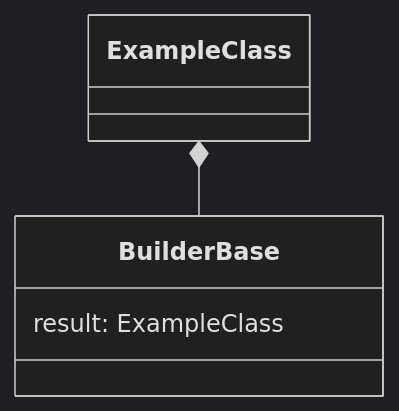
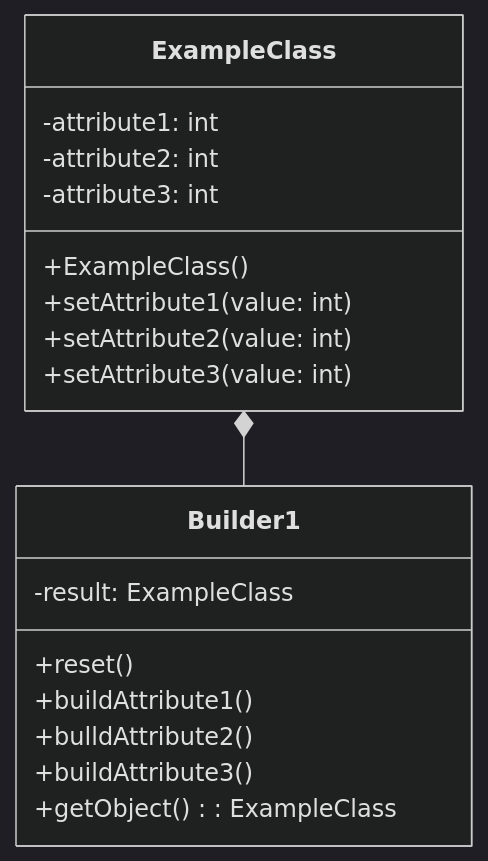
One commit to Bix2llets/CS202---Seminar changed the fourth of 5 diagrams in 1. Builder/Builder.md. Above: the diagram before and after it, drawn with Mermaid (dark theme). The commit also changed other lines of this file, not shown here.

Commit message:
Finish the diagram for real world problem

````diff
--- a/1. Builder/Builder.md
+++ b/1. Builder/Builder.md
@@ -129,12 +131,21 @@
 ```mermaid
 classDiagram
 class ExampleClass{
- 
+    -attribute1: int
+    -attribute2: int
+    -attribute3: int
+    +ExampleClass()
+    +setAttribute1(value: int)
+    +setAttribute2(value: int)
+    +setAttribute3(value: int)
 }
-ExampleClass *-- BuilderBase
-class BuilderBase{
- result: ExampleClass
-
-
+ExampleClass *-- Builder1
+class Builder1{
+ -result: ExampleClass
+ +reset()
+ +buildAttribute1()
+ +bulldAttribute2()
+ +buildAttribute3() 
+ +getObject(): ExampleClass
 }
 ```
````
